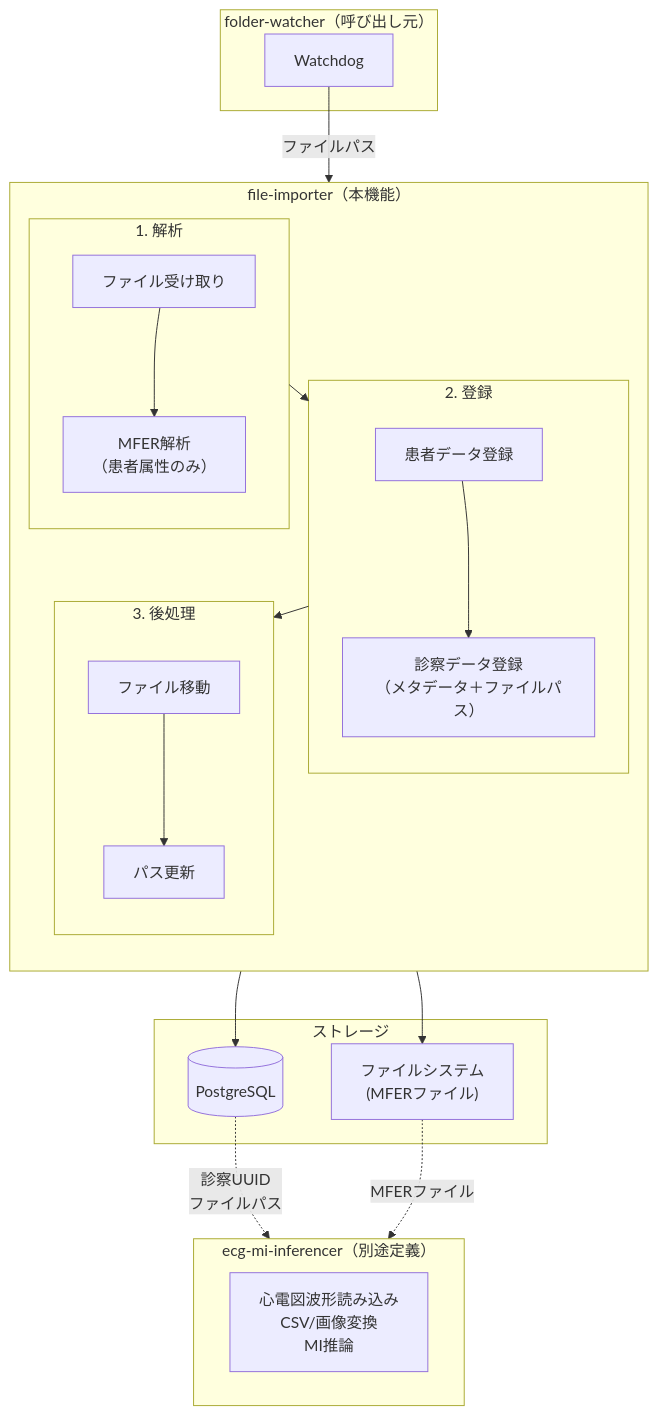
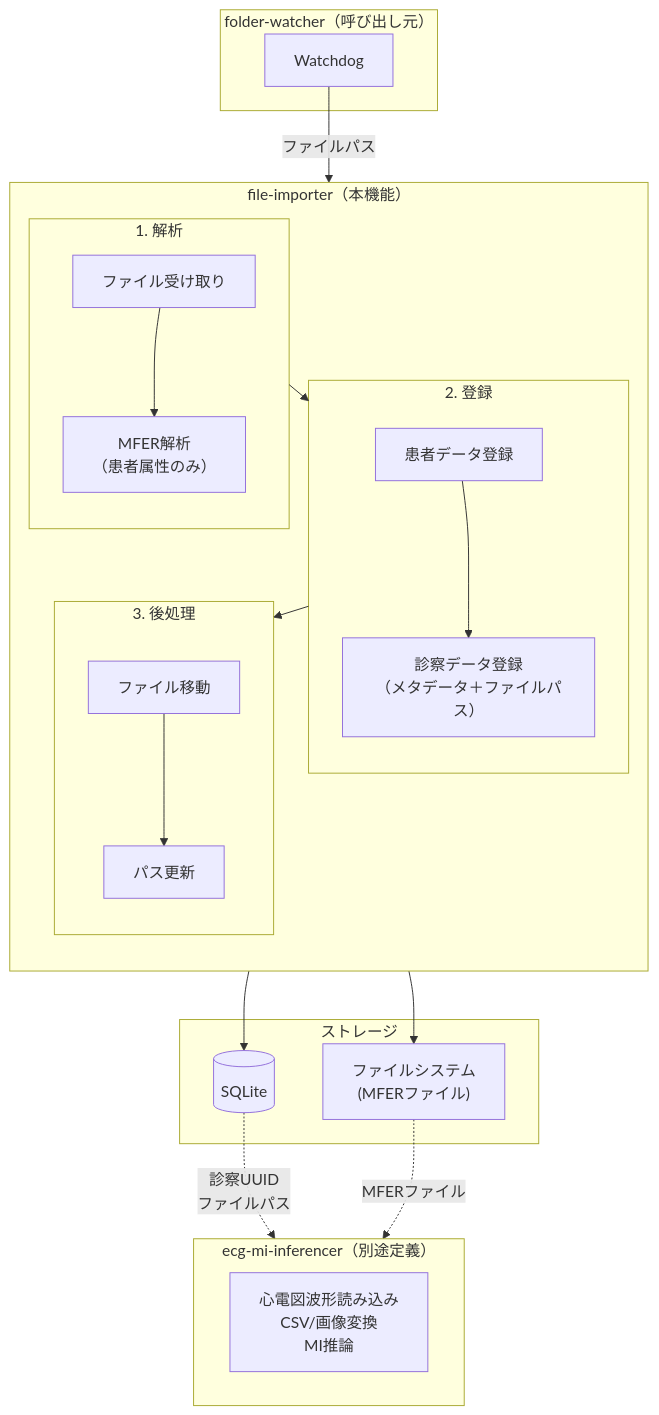
One commit to Universal-Micro-Networks/ecg-mi-inference changed the first of 2 diagrams in .kiro/specs/file-importer/requirements.md. Above: the diagram before and after it, drawn with Mermaid. The commit also changed 93 other files, not shown here.

````diff
--- a/.kiro/specs/file-importer/requirements.md
+++ b/.kiro/specs/file-importer/requirements.md
@@ -218,45 +218,45 @@
 ```mermaid
 flowchart TB
     subgraph FW["folder-watcher（呼び出し元）"]
         W["Watchdog"]
     end
 
     subgraph FI["file-importer（本機能）"]
         direction TB
 
         subgraph Parse["1. 解析"]
             P1["ファイル受け取り"]
             P2["MFER解析<br/>（患者属性のみ）"]
             P1 --> P2
         end
 
         subgraph Register["2. 登録"]
             R1["患者データ登録"]
             R2["診察データ登録<br/>（メタデータ＋ファイルパス）"]
             R1 --> R2
         end
 
         subgraph Finalize["3. 後処理"]
             F1["ファイル移動"]
             F2["パス更新"]
             F1 --> F2
         end
 
         Parse --> Register --> Finalize
     end
 
     subgraph Storage["ストレージ"]
-        DB[(PostgreSQL)]
+        DB[(SQLite)]
         FS["ファイルシステム<br/>(MFERファイル)"]
     end
 
     subgraph INF["ecg-mi-inferencer（別途定義）"]
         ECG["心電図波形読み込み<br/>CSV/画像変換<br/>MI推論"]
     end
 
     W -->|ファイルパス| P1
     R2 --> DB
     F1 --> FS
     DB -.->|診察UUID<br/>ファイルパス| INF
     FS -.->|MFERファイル| INF
 ```
````
